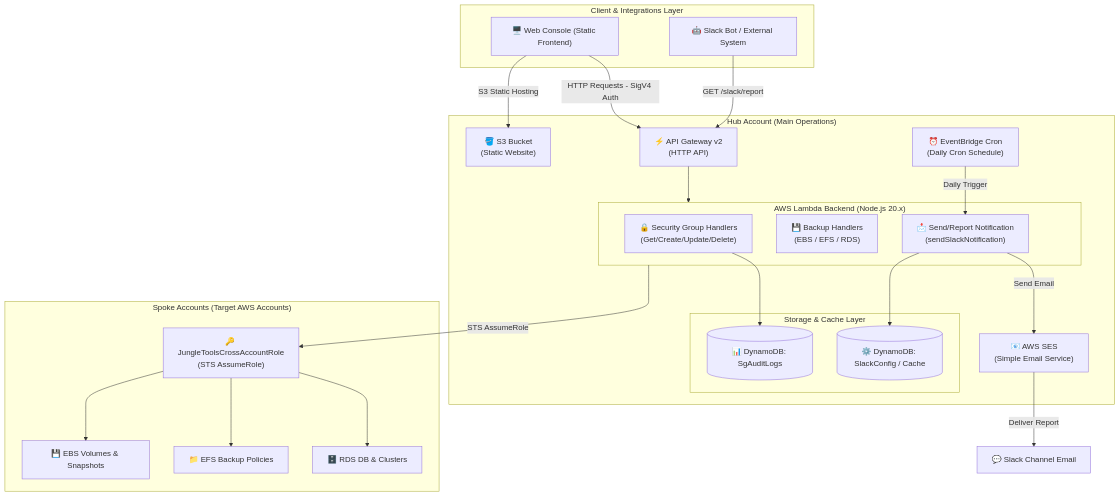
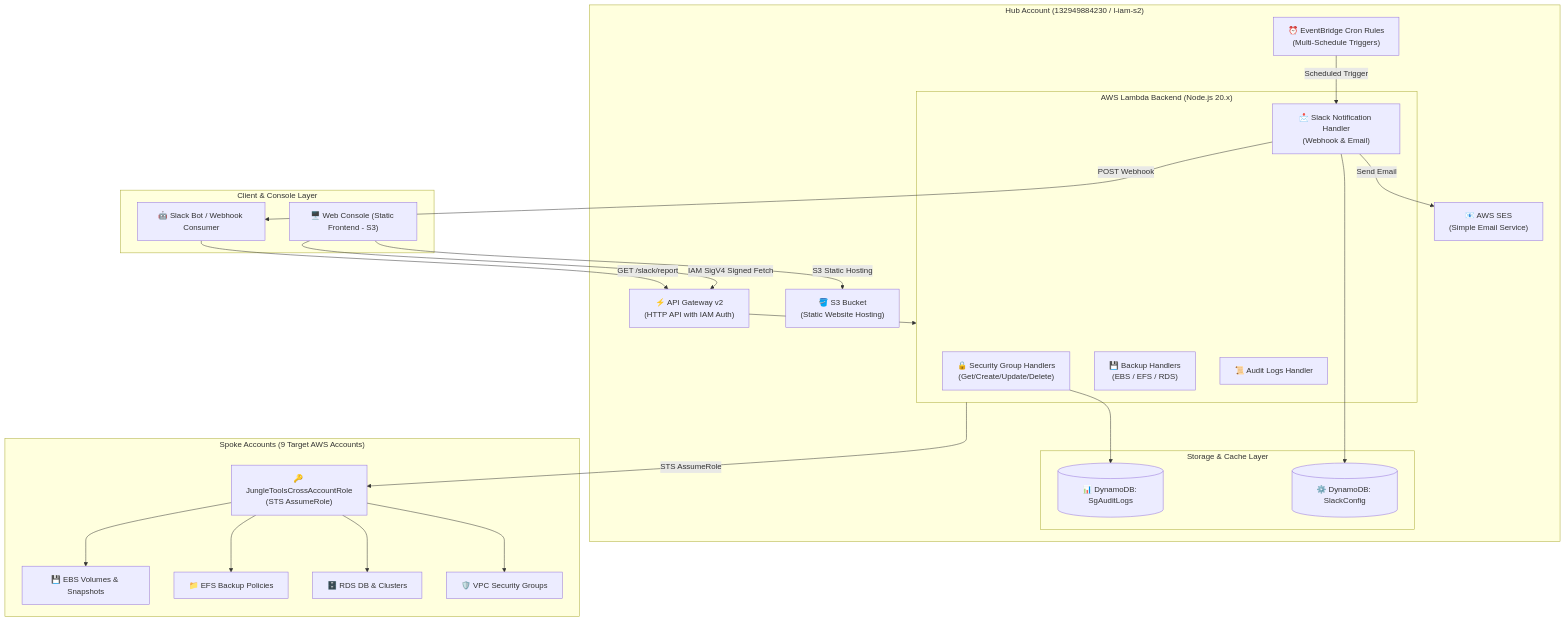
The diagram in README.md (keikun80/jungletools), drawn with Mermaid before and after one commit. The commit also changed other lines of this file, not shown here.

Commit message:
docs: update README.md with Home dashboard, restructured menu hierarchy, notification systems, and security architecture

````diff
--- a/README.md
+++ b/README.md
@@ -67,50 +73,53 @@
 ```mermaid
 flowchart TB
-    subgraph Client ["Client & Integrations Layer"]
-        Browser["🖥️ Web Console (Static Frontend)"]
-        SlackBot["🤖 Slack Bot / External System"]
+    subgraph Client ["Client & Console Layer"]
+        Browser["🖥️ Web Console (Static Frontend - S3)"]
+        SlackBot["🤖 Slack Bot / Webhook Consumer"]
     end
 
-    subgraph HubAccount ["Hub Account (Main Operations)"]
-        S3["🪣 S3 Bucket<br/>(Static Website)"]
-        APIGW["⚡ API Gateway v2<br/>(HTTP API)"]
+    subgraph HubAccount ["Hub Account (132949884230 / l-iam-s2)"]
+        S3["🪣 S3 Bucket<br/>(Static Website Hosting)"]
+        APIGW["⚡ API Gateway v2<br/>(HTTP API with IAM Auth)"]
         
         subgraph Lambdas ["AWS Lambda Backend (Node.js 20.x)"]
             SG_Func["🔒 Security Group Handlers<br/>(Get/Create/Update/Delete)"]
             Backup_Func["💾 Backup Handlers<br/>(EBS / EFS / RDS)"]
-            Slack_Func["📩 Send/Report Notification<br/>(sendSlackNotification)"]
+            Slack_Func["📩 Slack Notification Handler<br/>(Webhook & Email)"]
+            Audit_Func["📜 Audit Logs Handler"]
         end
 
         subgraph Storage ["Storage & Cache Layer"]
             AuditDB[("📊 DynamoDB: SgAuditLogs")]
-            SlackDB[("⚙️ DynamoDB: SlackConfig / Cache")]
+            SlackDB[("⚙️ DynamoDB: SlackConfig")]
         end
 
         SES["📧 AWS SES<br/>(Simple Email Service)"]
-        EventBridge["⏰ EventBridge Cron<br/>(Daily Cron Schedule)"]
+        EventBridge["⏰ EventBridge Cron Rules<br/>(Multi-Schedule Triggers)"]
     end
 
-    subgraph SpokeAccounts ["Spoke Accounts (Target AWS Accounts)"]
+    subgraph SpokeAccounts ["Spoke Accounts (9 Target AWS Accounts)"]
         SpokeRole["🔑 JungleToolsCrossAccountRole<br/>(STS AssumeRole)"]
         EBS["💾 EBS Volumes & Snapshots"]
         EFS["📁 EFS Backup Policies"]
         RDS["🗄️ RDS DB & Clusters"]
+        SG["🛡️ VPC Security Groups"]
     end
 
     Browser -->|S3 Static Hosting| S3
-    Browser -->|HTTP Requests - SigV4 Auth| APIGW
+    Browser -->|IAM SigV4 Signed Fetch| APIGW
     SlackBot -->|GET /slack/report| APIGW
     
     APIGW --> Lambdas
-    EventBridge -->|Daily Trigger| Slack_Func
+    EventBridge -->|Scheduled Trigger| Slack_Func
 
     SG_Func --> AuditDB
     Slack_Func --> SlackDB
     Slack_Func -->|Send Email| SES
-    SES -->|Deliver Report| SlackChannel["💬 Slack Channel Email"]
+    Slack_Func -->|POST Webhook| SlackBot
 
     Lambdas -->|STS AssumeRole| SpokeRole
     SpokeRole --> EBS
     SpokeRole --> EFS
     SpokeRole --> RDS
+    SpokeRole --> SG
 ```
````
